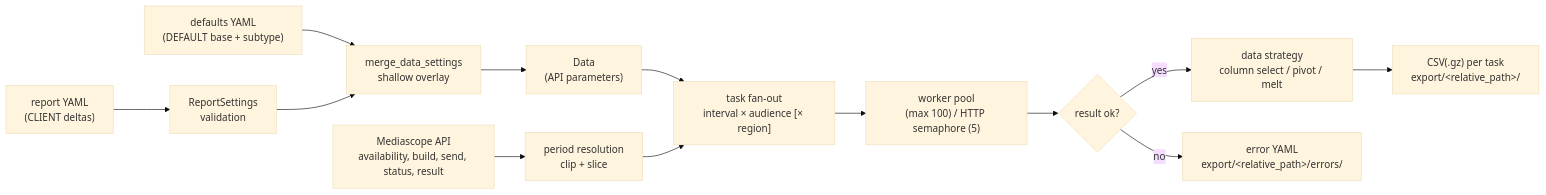
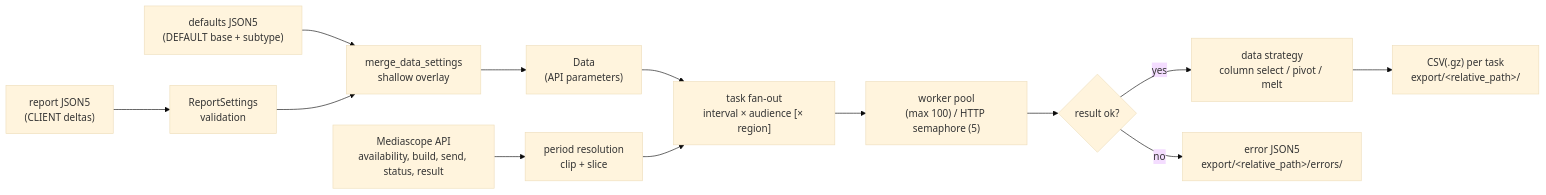
Before and after one commit to manicko/mko_get_mediascope_data: the third of 4 diagrams in docs/00-overview/system-architecture.md, drawn with Mermaid (base theme). The commit also changed other lines of this file and 8 other files, not shown here.

First line of the commit message:
docs: update documentation for JSON5 settings migration

````diff
--- a/docs/00-overview/system-architecture.md
+++ b/docs/00-overview/system-architecture.md
@@ -119,15 +119,15 @@
 ```mermaid
 flowchart LR
-    Y1["report YAML<br/>(CLIENT deltas)"] --> V["ReportSettings<br/>validation"]
-    Y2["defaults YAML<br/>(DEFAULT base + subtype)"] --> M["merge_data_settings<br/>shallow overlay"]
+    Y1["report JSON5<br/>(CLIENT deltas)"] --> V["ReportSettings<br/>validation"]
+    Y2["defaults JSON5<br/>(DEFAULT base + subtype)"] --> M["merge_data_settings<br/>shallow overlay"]
     V --> M
     M --> D["Data<br/>(API parameters)"]
     D --> G["task fan-out<br/>interval × audience [× region]"]
     API["Mediascope API<br/>availability, build, send, status, result"] --> P["period resolution<br/>clip + slice"]
     P --> G
     G --> W["worker pool<br/>(max 100) / HTTP semaphore (5)"]
     W --> E{"result ok?"}
     E -- yes --> DF["data strategy<br/>column select / pivot / melt"]
     DF --> CSV["CSV(.gz) per task<br/>export/&lt;relative_path&gt;/"]
-    E -- no --> ERR["error YAML<br/>export/&lt;relative_path&gt;/errors/"]
+    E -- no --> ERR["error JSON5<br/>export/&lt;relative_path&gt;/errors/"]
 ```
````
